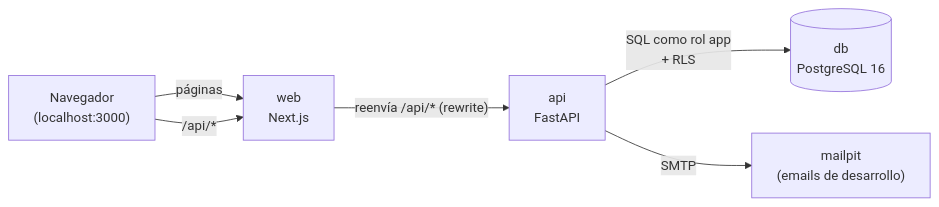
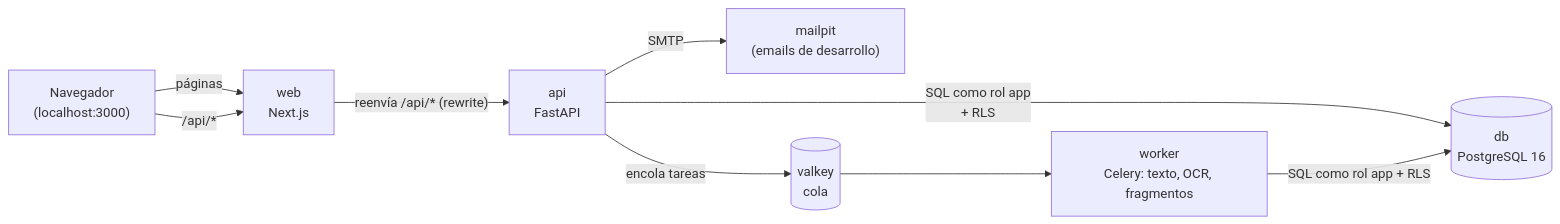
Before and after one commit to oeRusso/documind-ai: the first of 9 diagrams in docs/arquitectura-del-codigo.md, drawn with Mermaid. The commit also changed other lines of this file and 17 other files, not shown here.

````diff
--- a/docs/arquitectura-del-codigo.md
+++ b/docs/arquitectura-del-codigo.md
@@ -13,8 +13,11 @@
 ```mermaid
 flowchart LR
     B["Navegador<br/>(localhost:3000)"] -->|"páginas"| W["web<br/>Next.js"]
     B -->|"/api/*"| W
     W -->|"reenvía /api/* (rewrite)"| A["api<br/>FastAPI"]
     A -->|"SQL como rol app<br/>+ RLS"| D[("db<br/>PostgreSQL 16")]
     A -->|"SMTP"| M["mailpit<br/>(emails de desarrollo)"]
+    A -->|"encola tareas"| V[("valkey<br/>cola")]
+    V --> K["worker<br/>Celery: texto, OCR, fragmentos"]
+    K -->|"SQL como rol app + RLS"| D
 ```
````
